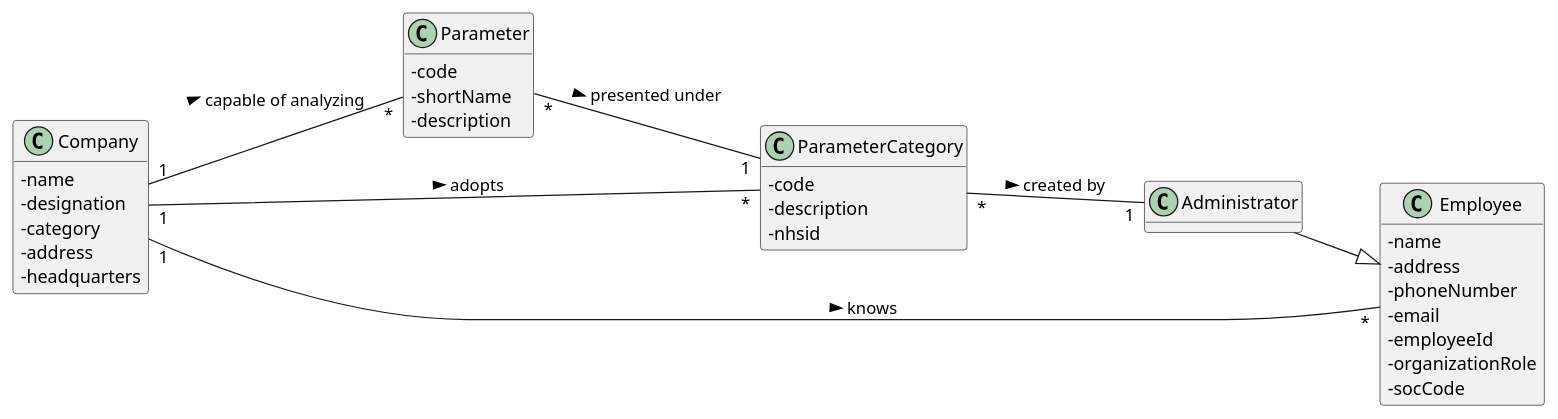
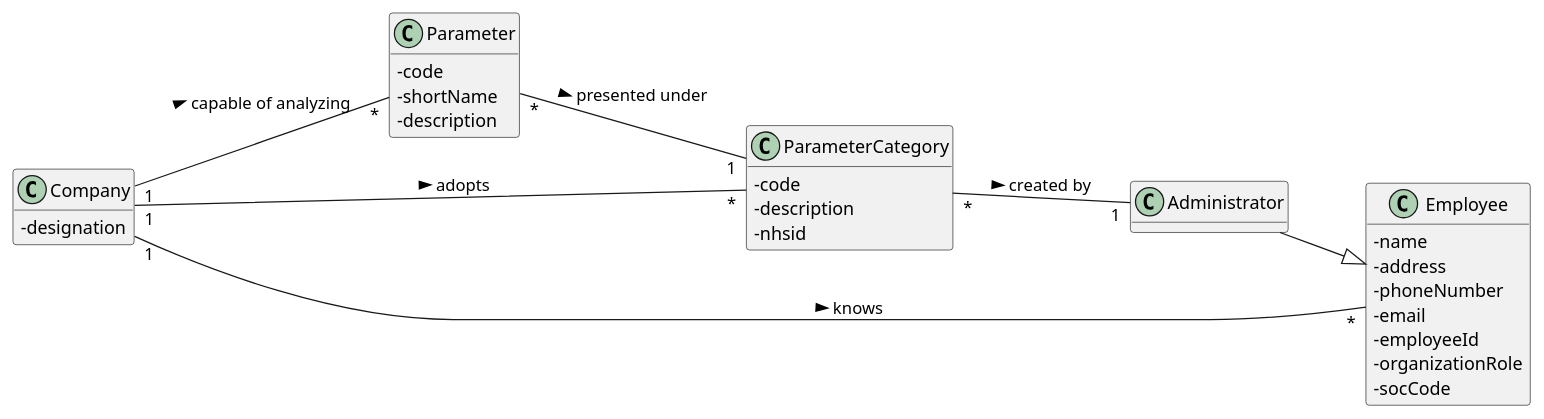
One commit to manu-07-ela/LAPR2_ISEP changed the diagram in docs/SprintB/US11/US11-DM.puml. Above: the diagram before and after it, drawn with PlantUML. The commit also changed 7 other files, not shown here.

```diff
--- a/docs/SprintB/US11/US11-DM.puml
+++ b/docs/SprintB/US11/US11-DM.puml
@@ -1,56 +1,52 @@
 @startuml
 hide methods
 left to right direction
 skinparam classAttributeIconSize 0
 
 class Company
 class Parameter
 class ParameterCategory
 class Administrator
 class Employee
 
 Company "1"--"*" Parameter : capable of analyzing >
 Company "1"--"*" ParameterCategory : adopts >
 Company "1"--"*" Employee : knows >
 
 Parameter "*"--"1" ParameterCategory : presented under >
 
 ParameterCategory "*"--"1" Administrator : created by >
 
 
 Administrator --|> Employee
 
 
 class Company{
--name
 -designation
--category
--address
--headquarters
 }
 
 class Parameter{
 -code
 -shortName
 -description
 }
 
 class ParameterCategory{
 -code
 -description
 -nhsid
 }
 
 class Employee {
 -name
 -address
 -phoneNumber
 -email
 -employeeId
 -organizationRole
 -socCode
 }
 
 
 
 @enduml
```
